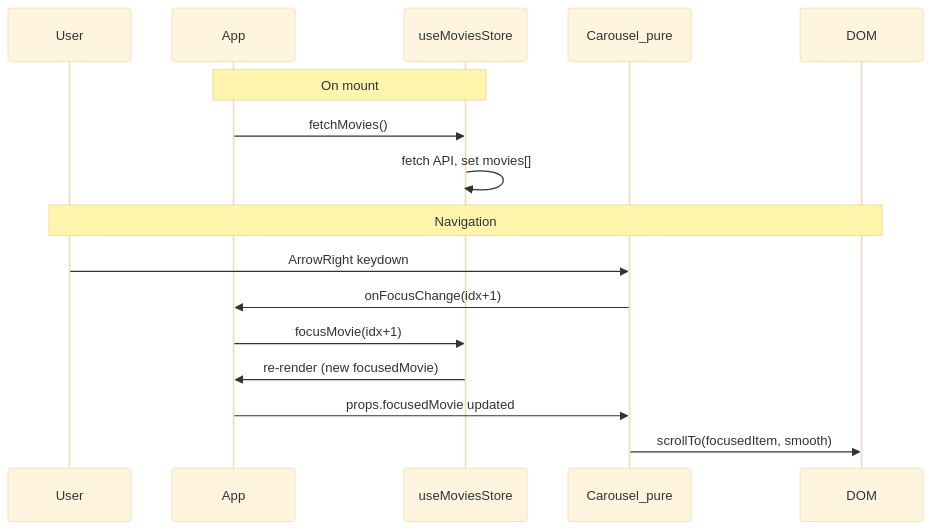
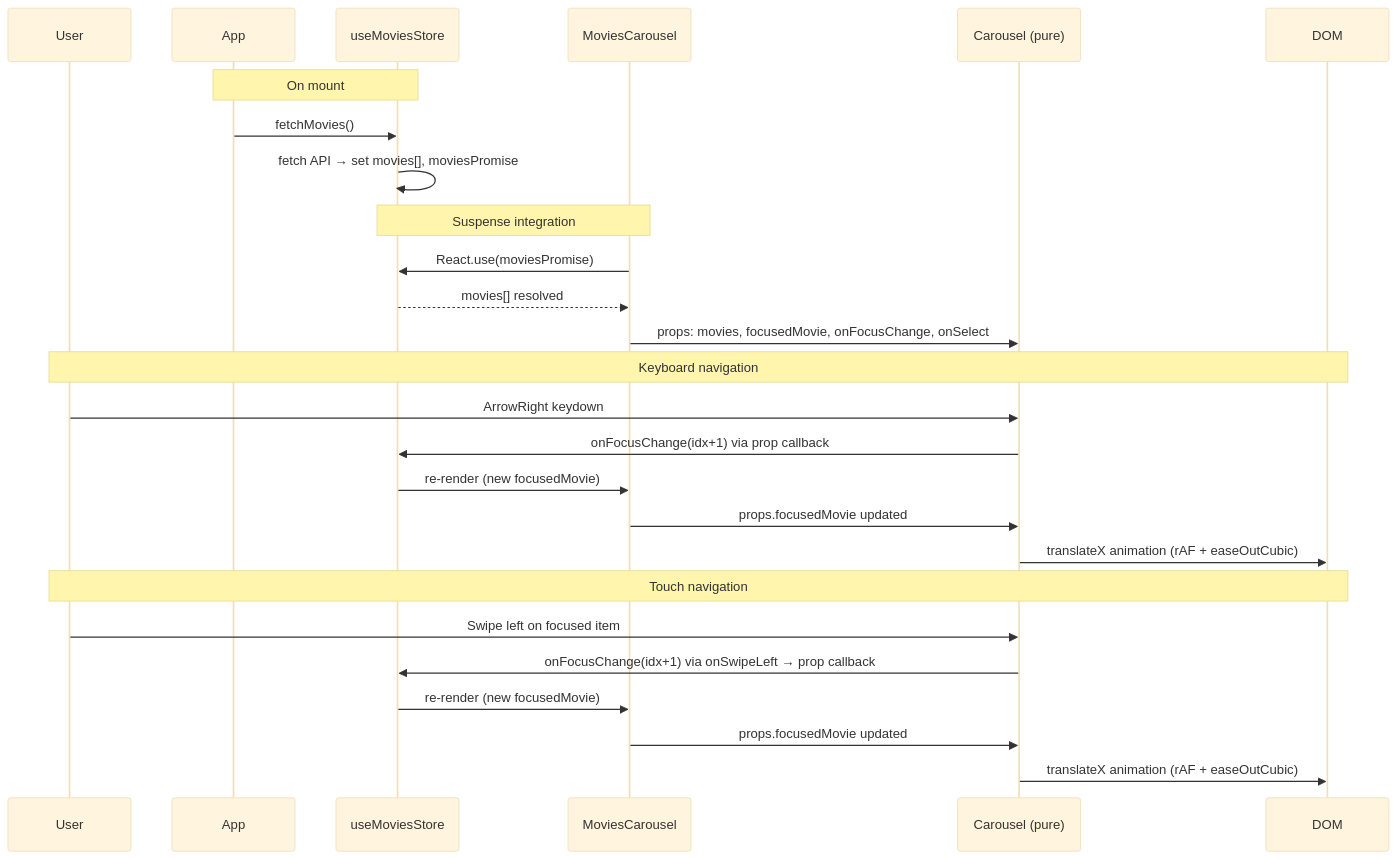
The second of 2 diagrams in README.md (brunomolteni/titan-test), drawn with Mermaid (base theme) before and after one commit. The commit also changed other lines of this file, not shown here.

````diff
--- a/README.md
+++ b/README.md
@@ -172,20 +229,32 @@
 ```mermaid
 sequenceDiagram
   participant User
   participant App
   participant Store as useMoviesStore
-  participant Carousel as Carousel_pure
+  participant MC as MoviesCarousel
+  participant Carousel as Carousel (pure)
   participant DOM
 
   Note over App,Store: On mount
   App->>Store: fetchMovies()
-  Store->>Store: fetch API, set movies[]
+  Store->>Store: fetch API → set movies[], moviesPromise
 
-  Note over User,DOM: Navigation
+  Note over MC,Store: Suspense integration
+  MC->>Store: React.use(moviesPromise)
+  Store-->>MC: movies[] resolved
+  MC->>Carousel: props: movies, focusedMovie, onFocusChange, onSelect
+
+  Note over User,DOM: Keyboard navigation
   User->>Carousel: ArrowRight keydown
-  Carousel->>App: onFocusChange(idx+1)
-  App->>Store: focusMovie(idx+1)
-  Store->>App: re-render (new focusedMovie)
-  App->>Carousel: props.focusedMovie updated
-  Carousel->>DOM: scrollTo(focusedItem, smooth)
+  Carousel->>Store: onFocusChange(idx+1) via prop callback
+  Store->>MC: re-render (new focusedMovie)
+  MC->>Carousel: props.focusedMovie updated
+  Carousel->>DOM: translateX animation (rAF + easeOutCubic)
+
+  Note over User,DOM: Touch navigation
+  User->>Carousel: Swipe left on focused item
+  Carousel->>Store: onFocusChange(idx+1) via onSwipeLeft → prop callback
+  Store->>MC: re-render (new focusedMovie)
+  MC->>Carousel: props.focusedMovie updated
+  Carousel->>DOM: translateX animation (rAF + easeOutCubic)
 ```
````
